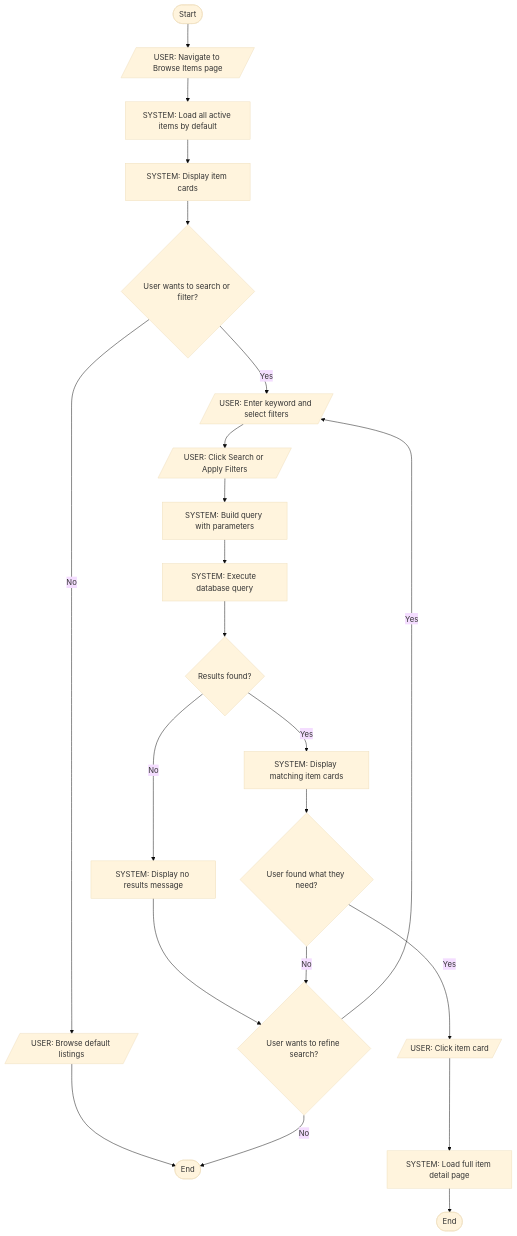
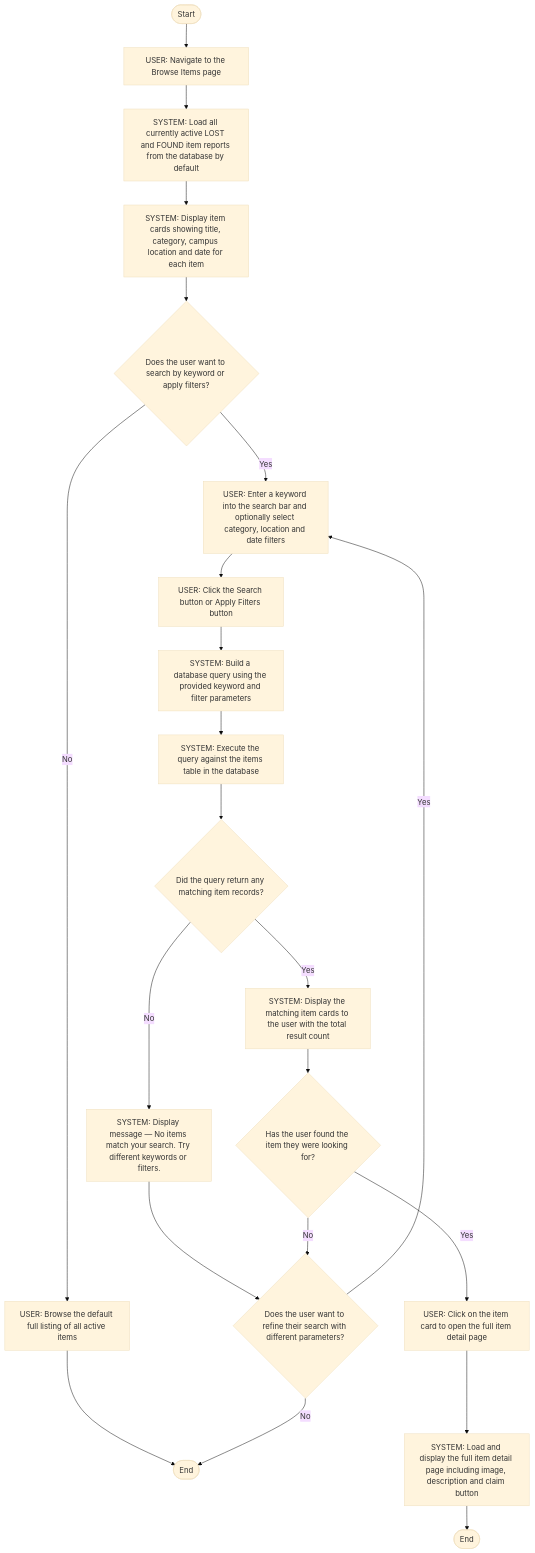
The eighth of 8 diagrams in ACTIVITY_DIAGRAMS.md (Skiet88/campus-lost-and-found), drawn with Mermaid (base theme) before and after one commit. The commit also changed other lines of this file, not shown here.

````diff
--- a/ACTIVITY_DIAGRAMS.md
+++ b/ACTIVITY_DIAGRAMS.md
@@ -269,26 +267,25 @@
 ```mermaid
 flowchart TD
-    S([Start]) --> A
-
-    A[/"USER: Navigate to Browse Items page"/]
-    A --> B["SYSTEM: Load all active items by default"]
-    B --> C["SYSTEM: Display item cards"]
-    C --> D{User wants to search or filter?}
-    D -->|No| E[/"USER: Browse default listings"/]
-    E --> E1([End])
-    D -->|Yes| F[/"USER: Enter keyword and select filters"/]
-    F --> G[/"USER: Click Search or Apply Filters"/]
-    G --> H["SYSTEM: Build query with parameters"]
-    H --> I["SYSTEM: Execute database query"]
-    I --> J{Results found?}
-    J -->|Yes| K["SYSTEM: Display matching item cards"]
-    J -->|No| L["SYSTEM: Display no results message"]
-    K --> M{User found what they need?}
-    L --> N{User wants to refine search?}
-    M -->|Yes| O[/"USER: Click item card"/]
-    O --> P["SYSTEM: Load full item detail page"]
-    P --> E2([End])
-    M -->|No| N
-    N -->|Yes| F
-    N -->|No| E1
+    S([Start]) --> A1
+    A1["USER: Navigate to the Browse Items page"]
+    A1 --> A2["SYSTEM: Load all currently active LOST and FOUND item reports from the database by default"]
+    A2 --> A3["SYSTEM: Display item cards showing title, category, campus location and date for each item"]
+    A3 --> D1{Does the user want to search by keyword or apply filters?}
+    D1 -->|No| A4["USER: Browse the default full listing of all active items"]
+    A4 --> E1([End])
+    D1 -->|Yes| A5["USER: Enter a keyword into the search bar and optionally select category, location and date filters"]
+    A5 --> A6["USER: Click the Search button or Apply Filters button"]
+    A6 --> A7["SYSTEM: Build a database query using the provided keyword and filter parameters"]
+    A7 --> A8["SYSTEM: Execute the query against the items table in the database"]
+    A8 --> D2{Did the query return any matching item records?}
+    D2 -->|Yes| A9["SYSTEM: Display the matching item cards to the user with the total result count"]
+    D2 -->|No| A10["SYSTEM: Display message — No items match your search. Try different keywords or filters."]
+    A9 --> D3{Has the user found the item they were looking for?}
+    A10 --> D4{Does the user want to refine their search with different parameters?}
+    D3 -->|Yes| A11["USER: Click on the item card to open the full item detail page"]
+    A11 --> A12["SYSTEM: Load and display the full item detail page including image, description and claim button"]
+    A12 --> E2([End])
+    D3 -->|No| D4
+    D4 -->|Yes| A5
+    D4 -->|No| E1
 ```
````
